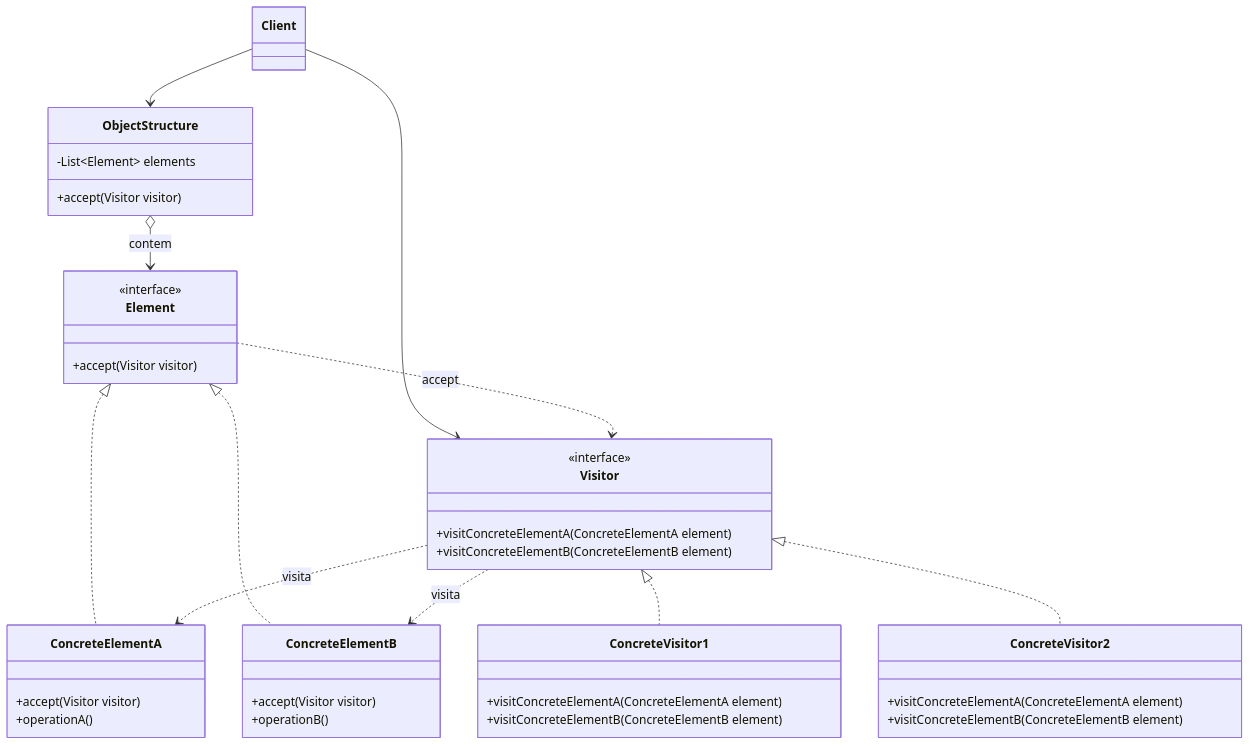
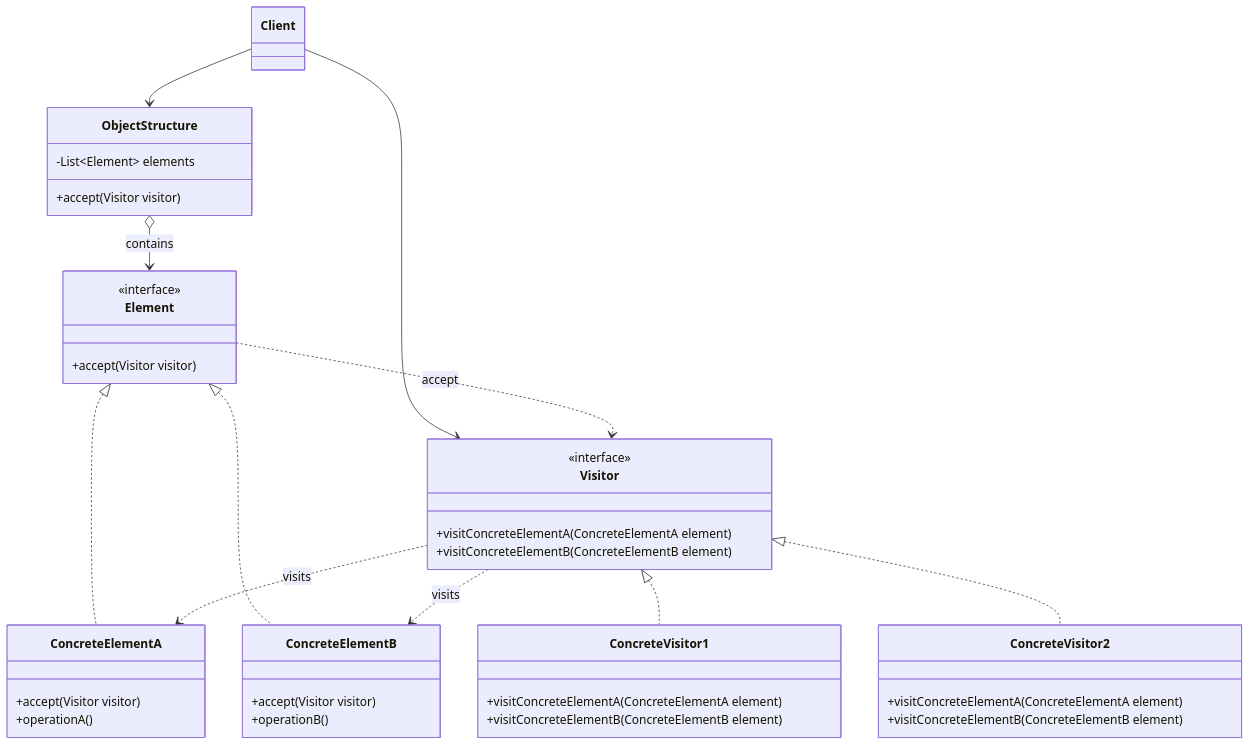
Before and after one commit to alancesar/design-patterns: the diagram in docs/coding/gof/behavioral/visitor.md, drawn with Mermaid. The commit also changed 258 other files, not shown here.

First line of the commit message:
Translate Mermaid diagrams to English

````diff
--- a/docs/coding/gof/behavioral/visitor.md
+++ b/docs/coding/gof/behavioral/visitor.md
@@ -60,43 +60,43 @@
 ```mermaid
 classDiagram
     class Client
     class ObjectStructure {
         -List~Element~ elements
         +accept(Visitor visitor)
     }
     class Visitor {
         <<interface>>
         +visitConcreteElementA(ConcreteElementA element)
         +visitConcreteElementB(ConcreteElementB element)
     }
     class ConcreteVisitor1 {
         +visitConcreteElementA(ConcreteElementA element)
         +visitConcreteElementB(ConcreteElementB element)
     }
     class ConcreteVisitor2 {
         +visitConcreteElementA(ConcreteElementA element)
         +visitConcreteElementB(ConcreteElementB element)
     }
     class Element {
         <<interface>>
         +accept(Visitor visitor)
     }
     class ConcreteElementA {
         +accept(Visitor visitor)
         +operationA()
     }
     class ConcreteElementB {
         +accept(Visitor visitor)
         +operationB()
     }
     Client --> ObjectStructure
     Client --> Visitor
-    ObjectStructure o--> Element : contem
+    ObjectStructure o--> Element : contains
     Visitor <|.. ConcreteVisitor1
     Visitor <|.. ConcreteVisitor2
     Element <|.. ConcreteElementA
     Element <|.. ConcreteElementB
     Element ..> Visitor : accept
-    Visitor ..> ConcreteElementA : visita
-    Visitor ..> ConcreteElementB : visita
+    Visitor ..> ConcreteElementA : visits
+    Visitor ..> ConcreteElementB : visits
 ```
````
